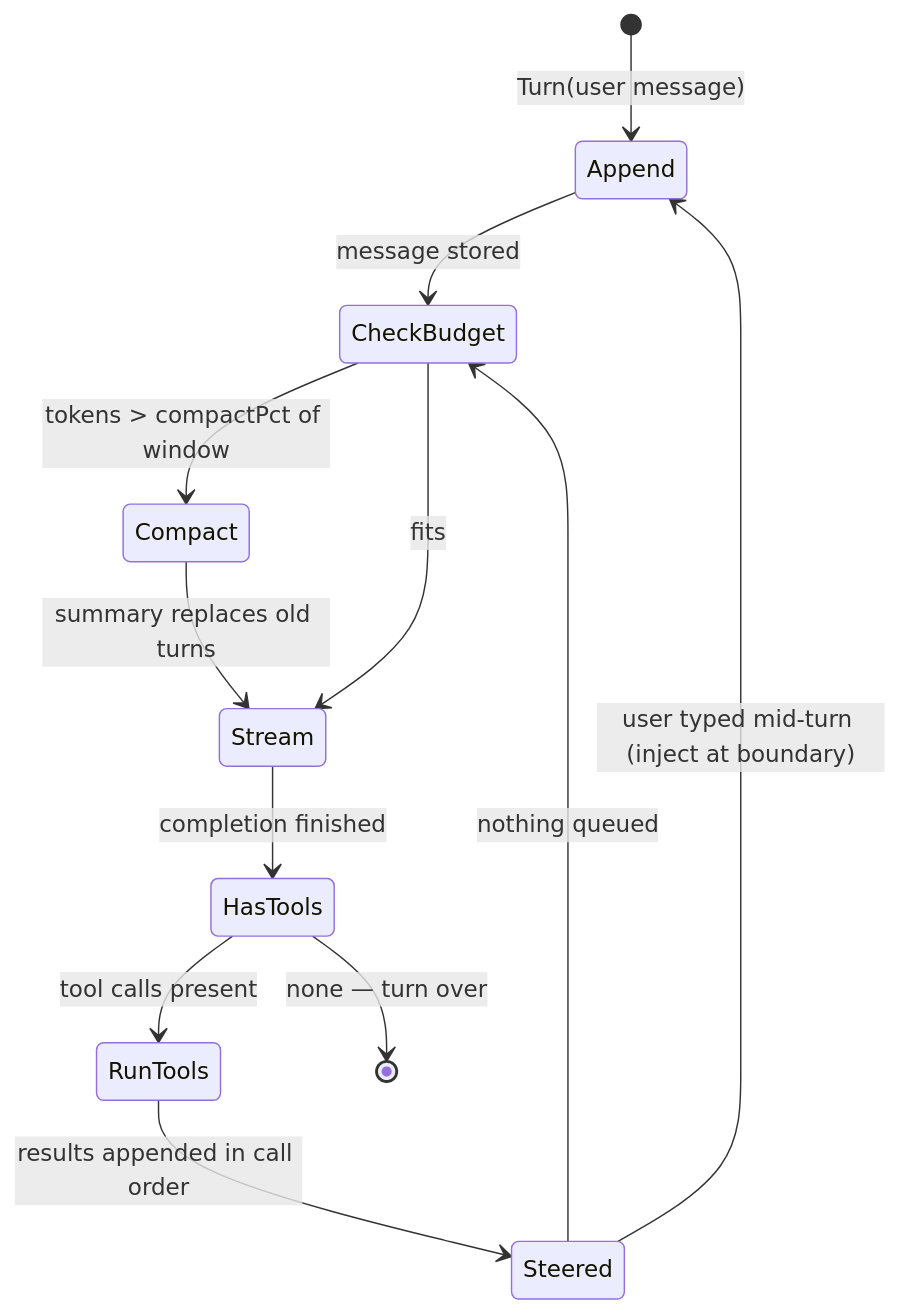
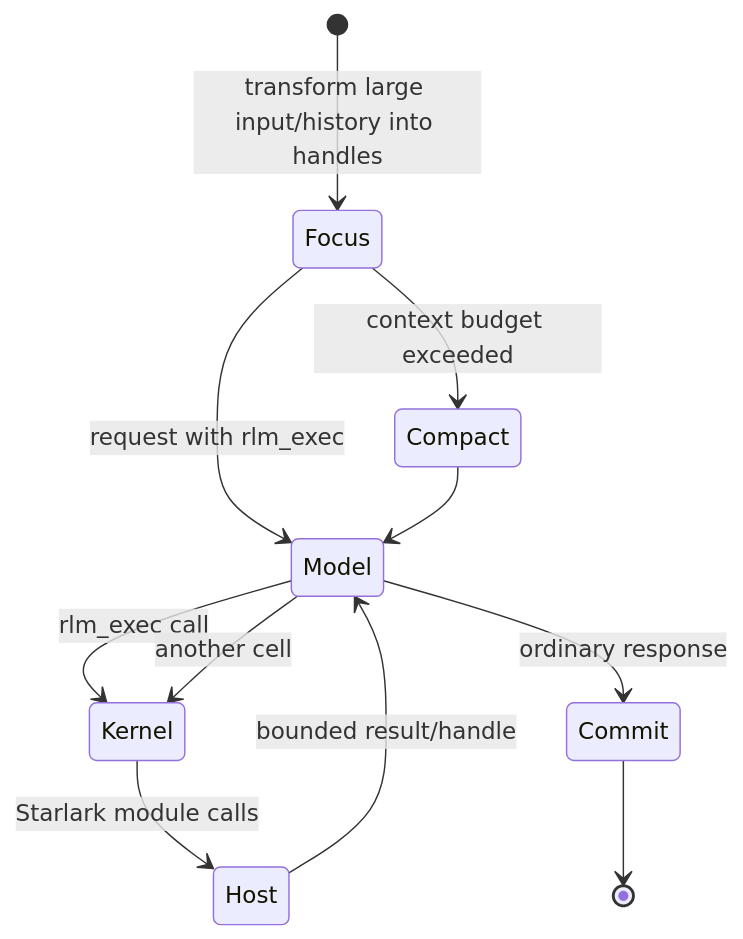
The diagram in docs/agent-loop.md (context-labs/whip), drawn with Mermaid before and after one commit. The commit also changed other lines of this file and 10 other files, not shown here.

````diff
--- a/docs/agent-loop.md
+++ b/docs/agent-loop.md
@@ -17,14 +7,13 @@
 ```mermaid
 stateDiagram-v2
-    [*] --> Append: Turn(user message)
-    Append --> CheckBudget: message stored
-    CheckBudget --> Compact: tokens > compactPct of window
-    CheckBudget --> Stream: fits
-    Compact --> Stream: summary replaces old turns
-    Stream --> HasTools: completion finished
-    HasTools --> RunTools: tool calls present
-    HasTools --> [*]: none — turn over
-    RunTools --> Steered: results appended in call order
-    Steered --> Append: user typed mid-turn (inject at boundary)
-    Steered --> CheckBudget: nothing queued
+    [*] --> Focus: transform large input/history into handles
+    Focus --> Compact: context budget exceeded
+    Focus --> Model: request with rlm_exec
+    Compact --> Model
+    Model --> Kernel: rlm_exec call
+    Kernel --> Host: Starlark module calls
+    Host --> Model: bounded result/handle
+    Model --> Kernel: another cell
+    Model --> Commit: ordinary response
+    Commit --> [*]
 ```
````
